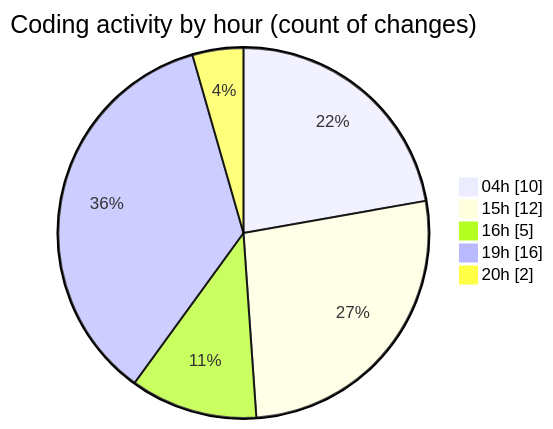
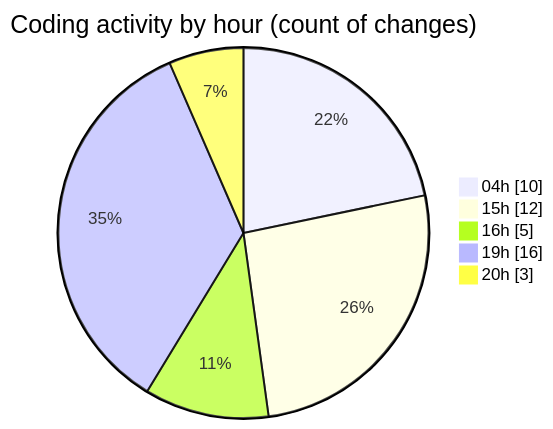
One commit to charlie-sans/code-tracking changed the second of 2 diagrams in 2025-03-17/sharpmasm/README.md. Above: the diagram before and after it, drawn with Mermaid. The commit also changed other lines of this file and 1 other file, not shown here.

````diff
--- a/2025-03-17/sharpmasm/README.md
+++ b/2025-03-17/sharpmasm/README.md
@@ -35,9 +35,9 @@
 ```mermaid
 pie showData
 title Coding activity by hour (count of changes)
 "04h" : 10
 "15h" : 12
 "16h" : 5
 "19h" : 16
-"20h" : 2
+"20h" : 3
 ```
````
